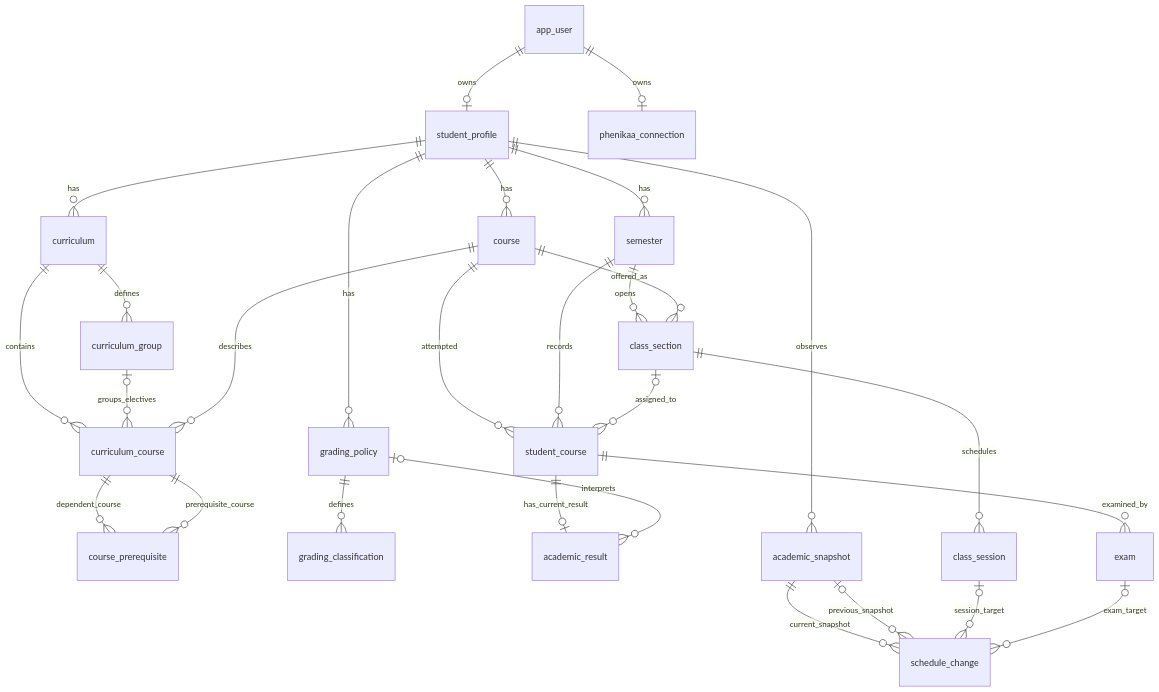
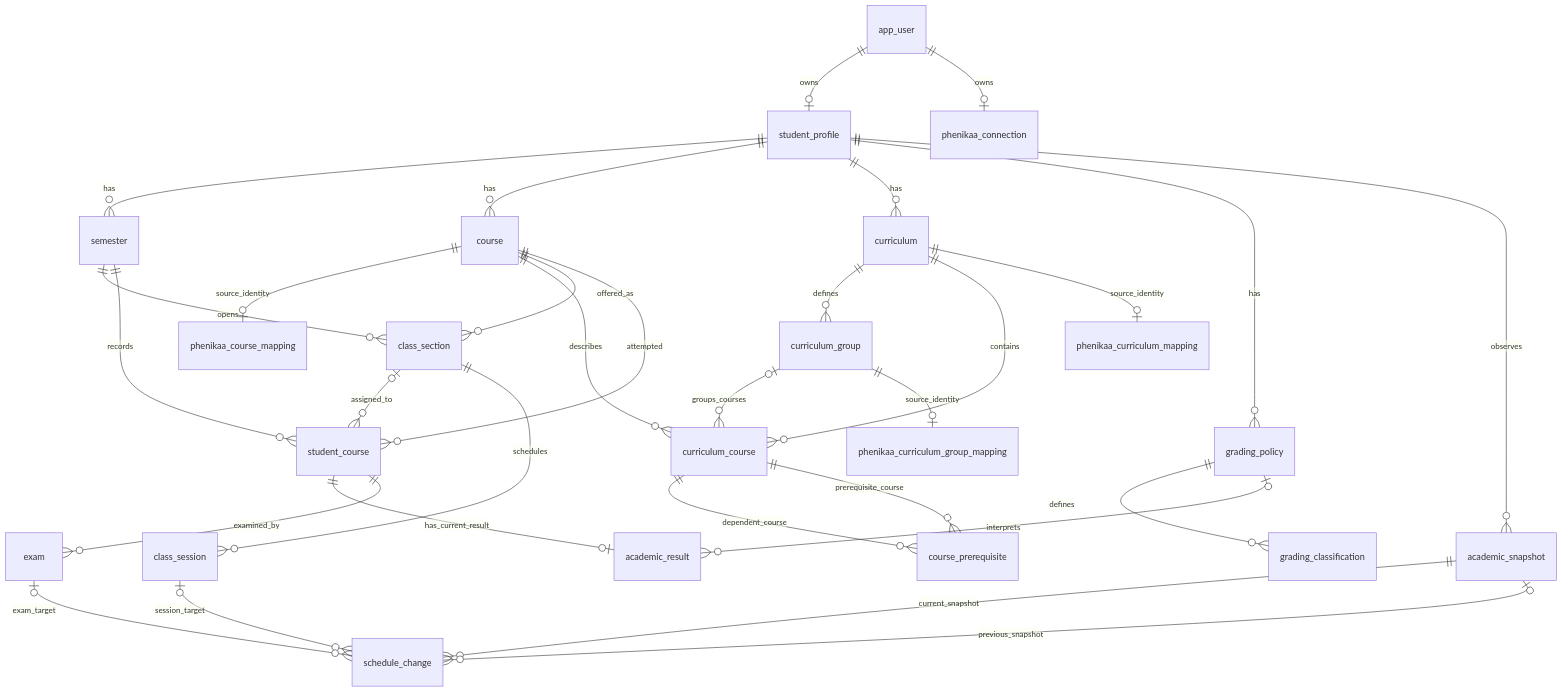
The diagram in docs/database-model.md (Shuuma4869/He-thong-quan-ly-hoc-vu-cho-sinh-vien), drawn with Mermaid before and after one commit. The commit also changed other lines of this file and 3 other files, not shown here.

````diff
--- a/docs/database-model.md
+++ b/docs/database-model.md
@@ -19,30 +19,33 @@
 ```mermaid
 erDiagram
     app_user ||--o| student_profile : owns
     app_user ||--o| phenikaa_connection : owns
     student_profile ||--o{ semester : has
     student_profile ||--o{ course : has
     student_profile ||--o{ curriculum : has
     student_profile ||--o{ grading_policy : has
     curriculum ||--o{ curriculum_group : defines
     curriculum ||--o{ curriculum_course : contains
-    curriculum_group o|--o{ curriculum_course : groups_electives
+    curriculum_group o|--o{ curriculum_course : groups_courses
+    curriculum ||--o| phenikaa_curriculum_mapping : source_identity
+    course ||--o| phenikaa_course_mapping : source_identity
+    curriculum_group ||--o| phenikaa_curriculum_group_mapping : source_identity
     course ||--o{ curriculum_course : describes
     curriculum_course ||--o{ course_prerequisite : dependent_course
     curriculum_course ||--o{ course_prerequisite : prerequisite_course
     grading_policy ||--o{ grading_classification : defines
     semester ||--o{ class_section : opens
     course ||--o{ class_section : offered_as
     course ||--o{ student_course : attempted
     semester ||--o{ student_course : records
     class_section o|--o{ student_course : assigned_to
     student_course ||--o| academic_result : has_current_result
     grading_policy o|--o{ academic_result : interprets
     class_section ||--o{ class_session : schedules
     student_course ||--o{ exam : examined_by
     student_profile ||--o{ academic_snapshot : observes
     academic_snapshot ||--o{ schedule_change : current_snapshot
     academic_snapshot o|--o{ schedule_change : previous_snapshot
     class_session o|--o{ schedule_change : session_target
     exam o|--o{ schedule_change : exam_target
 ```
````
